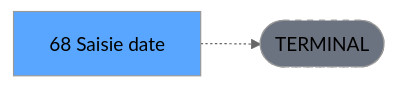
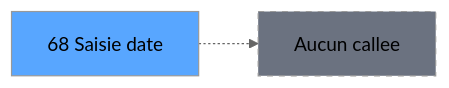
Before and after one commit to thonyAGP/lecteur-magic: the third of 3 diagrams in .openspec/specs/ADH-IDE-68.md, drawn with Mermaid (neutral theme). The commit also changed other lines of this file and 96 other files, not shown here.

````diff
--- a/.openspec/specs/ADH-IDE-68.md
+++ b/.openspec/specs/ADH-IDE-68.md
@@ -134,8 +205,8 @@
 ```mermaid
 graph LR
-    T[68  Saisie date]
-    TERM([TERMINAL])
-    T -.-> TERM
-    style TERM fill:#6b7280,stroke-dasharray: 5 5
-    style T fill:#58a6ff,color:#000
+    T68[68 Saisie date]
+    style T68 fill:#58a6ff
+    NONE[Aucun callee]
+    T68 -.-> NONE
+    style NONE fill:#6b7280,stroke-dasharray: 5 5
 ```
````
